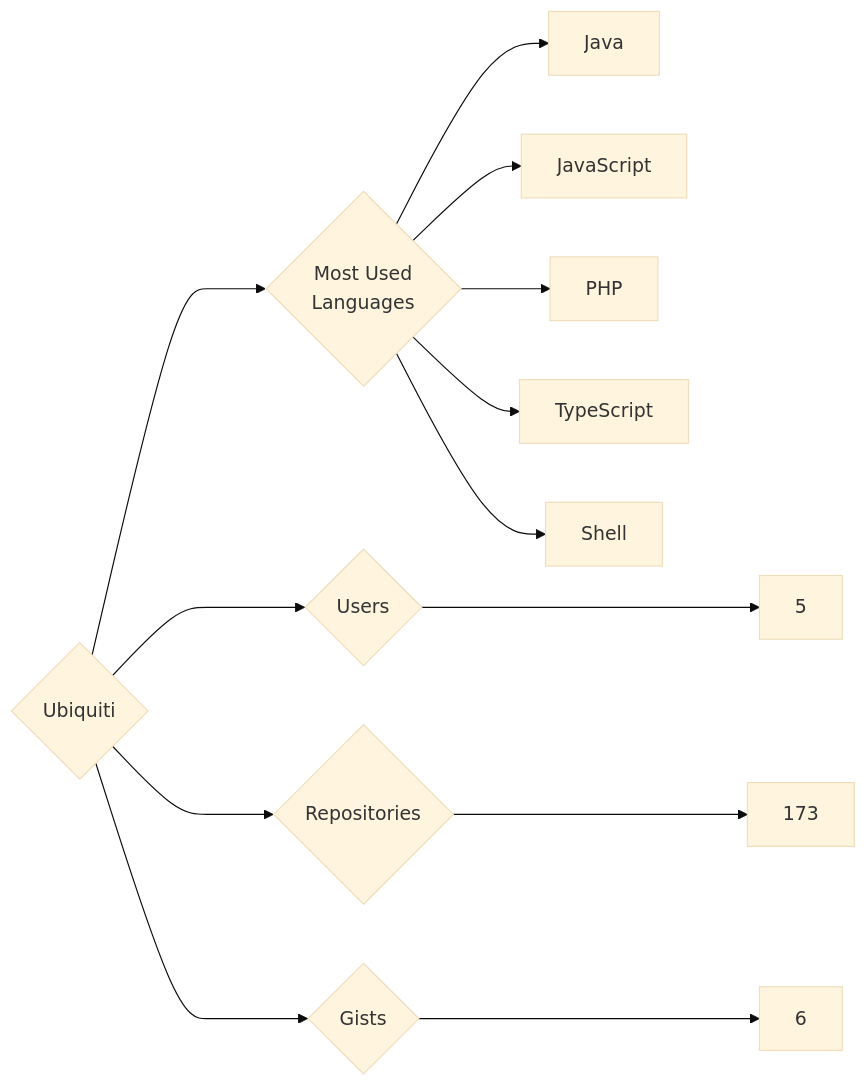
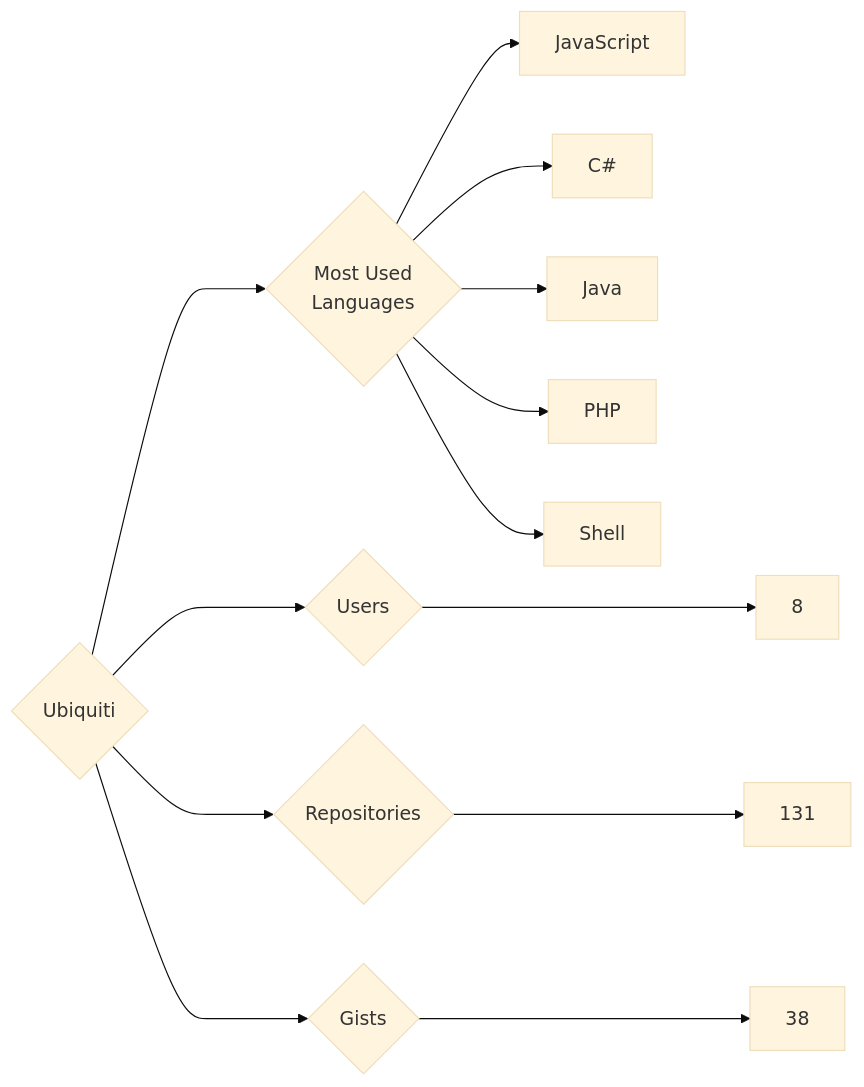
The diagram in targets/Ubiquiti/README.md (trickest/insiders), drawn with Mermaid (base theme) before and after one commit. The commit also changed 1508 other files, not shown here.

````diff
--- a/targets/Ubiquiti/README.md
+++ b/targets/Ubiquiti/README.md
@@ -3,13 +3,13 @@
 ```mermaid
 graph LR
 COMPANY_NAME{Ubiquiti}
-COMPANY_NAME ---> U{Users} ---> UN[5]
-COMPANY_NAME ---> R{Repositories} ---> RN[173]
-COMPANY_NAME ---> G{Gists} ---> GN[6]
+COMPANY_NAME ---> U{Users} ---> UN[8]
+COMPANY_NAME ---> R{Repositories} ---> RN[131]
+COMPANY_NAME ---> G{Gists} ---> GN[38]
 COMPANY_NAME ---> ML{Most Used<br>Languages}
+ML --> JavaScript[JavaScript]
+ML --> C#[C#]
 ML --> Java[Java]
-ML --> JavaScript[JavaScript]
 ML --> PHP[PHP]
-ML --> TypeScript[TypeScript]
 ML --> Shell[Shell]
 ```
````
